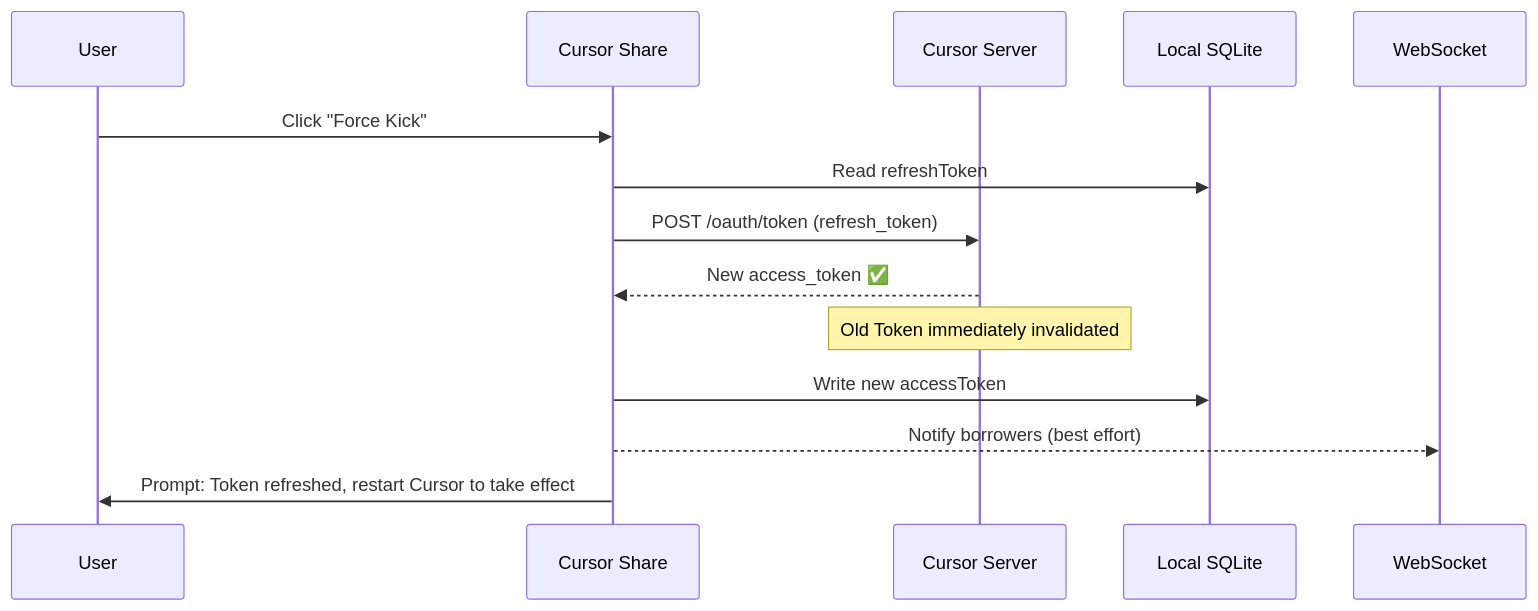
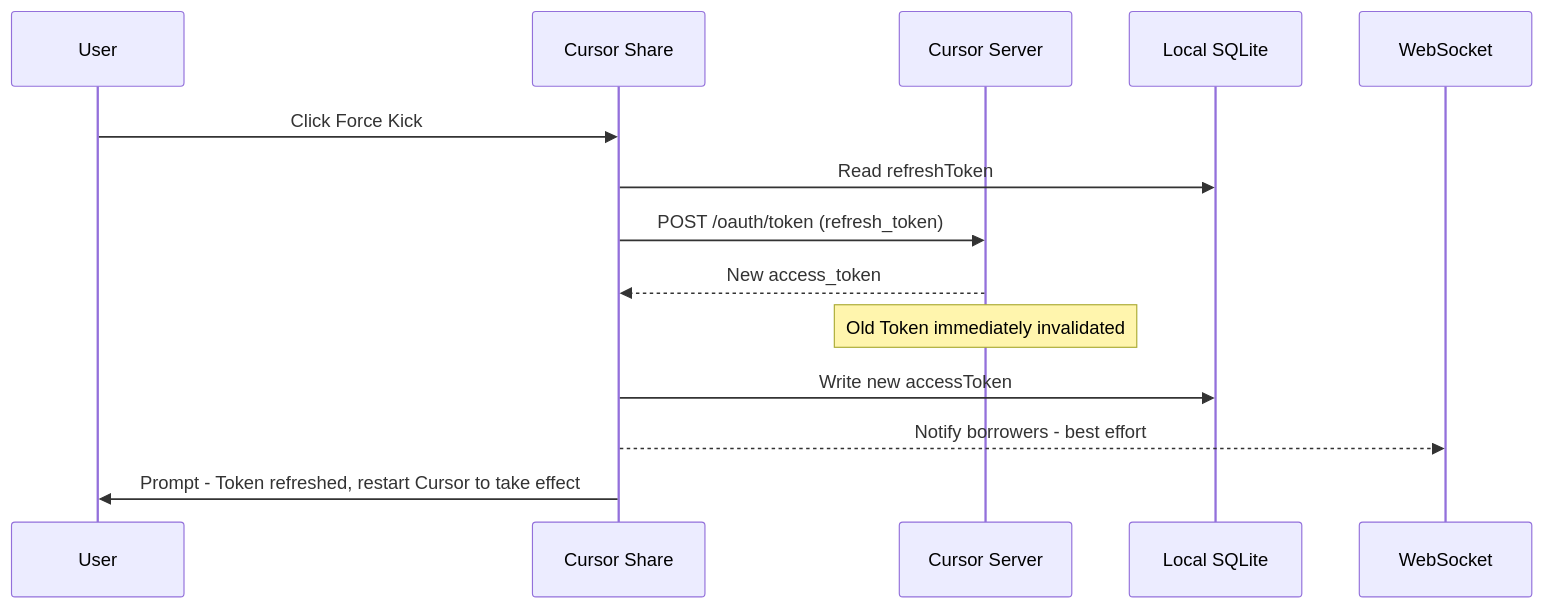
One commit to zhanggenlove/cursor-share changed the second of 2 diagrams in README.md. Above: the diagram before and after it, drawn with Mermaid. The commit also changed other lines of this file and 1 other file, not shown here.

First line of the commit message:
fix: fix mermaid syntax errors in README and add macOS damaged app FAQ

````diff
--- a/README.md
+++ b/README.md
@@ -122,17 +122,17 @@
 ```mermaid
 sequenceDiagram
     participant U as User
     participant App as Cursor Share
     participant API as Cursor Server
     participant DB as Local SQLite
     participant WS as WebSocket
 
-    U->>App: Click "Force Kick"
+    U->>App: Click Force Kick
     App->>DB: Read refreshToken
     App->>API: POST /oauth/token (refresh_token)
-    API-->>App: New access_token ✅
+    API-->>App: New access_token
     Note over API: Old Token immediately invalidated
     App->>DB: Write new accessToken
-    App-->>WS: Notify borrowers (best effort)
-    App->>U: Prompt: Token refreshed, restart Cursor to take effect
+    App-->>WS: Notify borrowers - best effort
+    App->>U: Prompt - Token refreshed, restart Cursor to take effect
 ```
````
